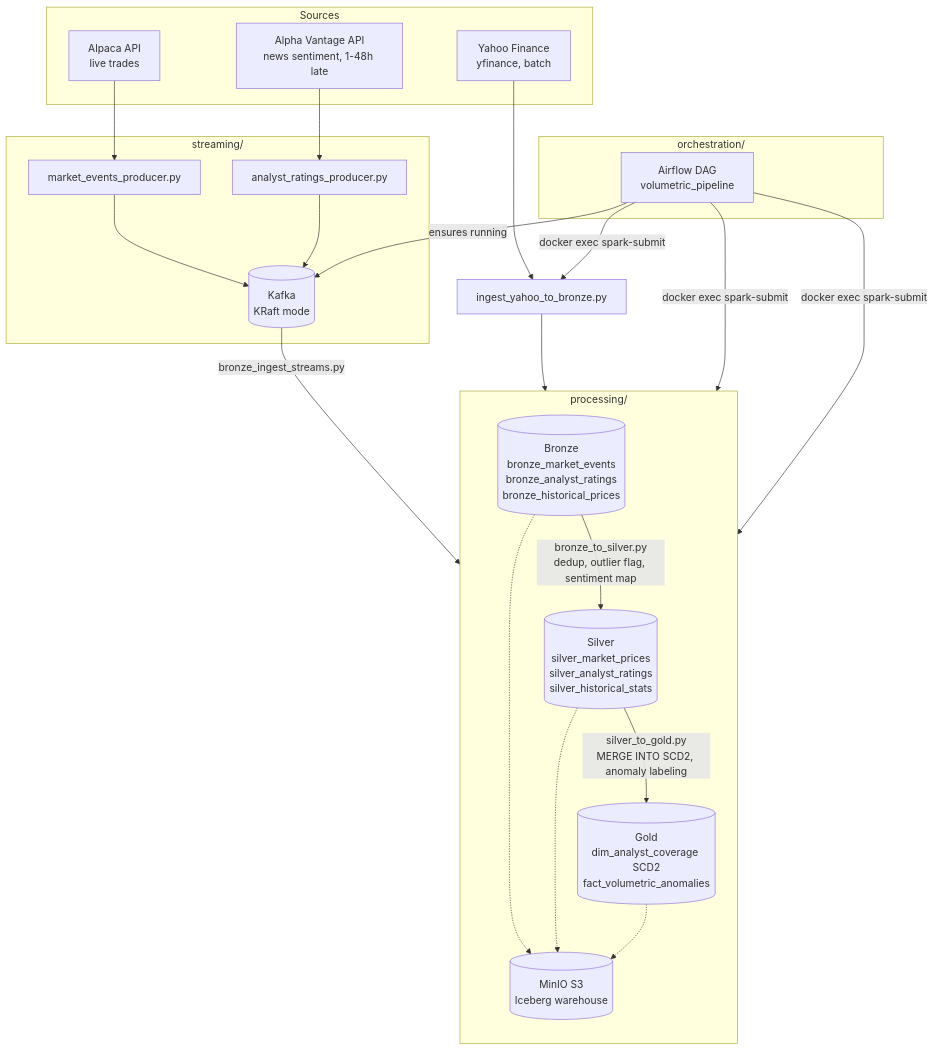
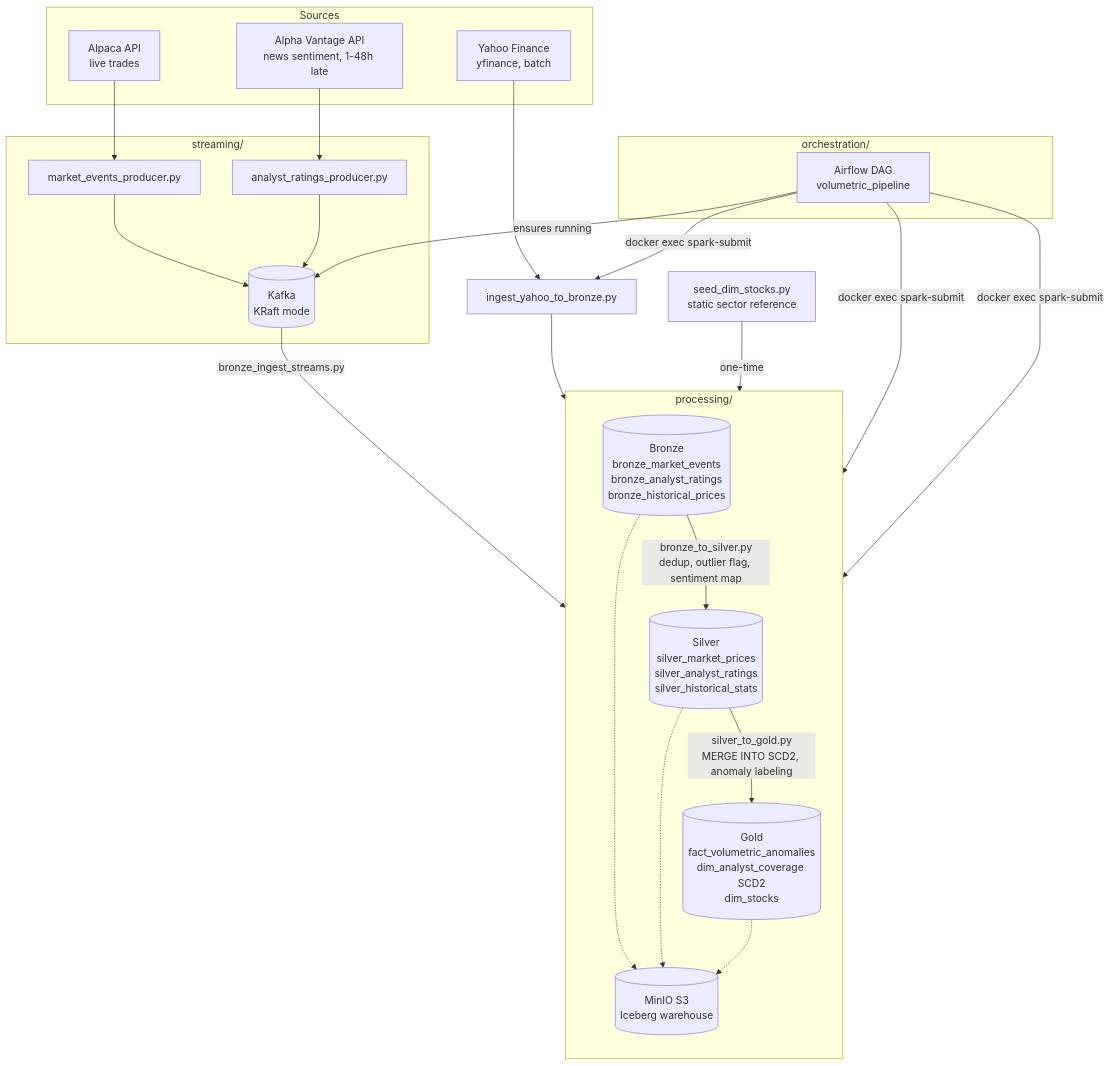
The diagram in docs/architecture.md (Data-Engineering-Final-Project/project), drawn with Mermaid before and after one commit. The commit also changed other lines of this file and 1 other file, not shown here.

````diff
--- a/docs/architecture.md
+++ b/docs/architecture.md
@@ -8,44 +8,45 @@
 ```mermaid
 flowchart TB
     subgraph Sources
         Alpaca[Alpaca API<br/>live trades]
         AlphaVantage[Alpha Vantage API<br/>news sentiment, 1-48h late]
         Yahoo[Yahoo Finance<br/>yfinance, batch]
     end
 
     subgraph Streaming["streaming/"]
         Kafka[(Kafka<br/>KRaft mode)]
         MEP[market_events_producer.py]
         ARP[analyst_ratings_producer.py]
     end
 
     subgraph Processing["processing/"]
         direction TB
         Bronze[(Bronze<br/>bronze_market_events<br/>bronze_analyst_ratings<br/>bronze_historical_prices)]
         Silver[(Silver<br/>silver_market_prices<br/>silver_analyst_ratings<br/>silver_historical_stats)]
-        Gold[(Gold<br/>dim_analyst_coverage SCD2<br/>fact_volumetric_anomalies)]
+        Gold[(Gold<br/>fact_volumetric_anomalies<br/>dim_analyst_coverage SCD2<br/>dim_stocks)]
         MinIO[(MinIO S3<br/>Iceberg warehouse)]
     end
 
     subgraph Orchestration["orchestration/"]
         Airflow[Airflow DAG<br/>volumetric_pipeline]
     end
 
     Alpaca --> MEP --> Kafka
     AlphaVantage --> ARP --> Kafka
     Yahoo --> Yahoo_job[ingest_yahoo_to_bronze.py]
 
     Kafka -->|bronze_ingest_streams.py| Bronze
     Yahoo_job --> Bronze
     Bronze -->|bronze_to_silver.py<br/>dedup, outlier flag, sentiment map| Silver
     Silver -->|silver_to_gold.py<br/>MERGE INTO SCD2, anomaly labeling| Gold
+    Seed[seed_dim_stocks.py<br/>static sector reference] -->|one-time| Gold
 
     Bronze -.-> MinIO
     Silver -.-> MinIO
     Gold -.-> MinIO
 
     Airflow -->|docker exec spark-submit| Yahoo_job
     Airflow -->|docker exec spark-submit| Bronze
     Airflow -->|docker exec spark-submit| Silver
     Airflow -->|ensures running| Kafka
 ```
````
